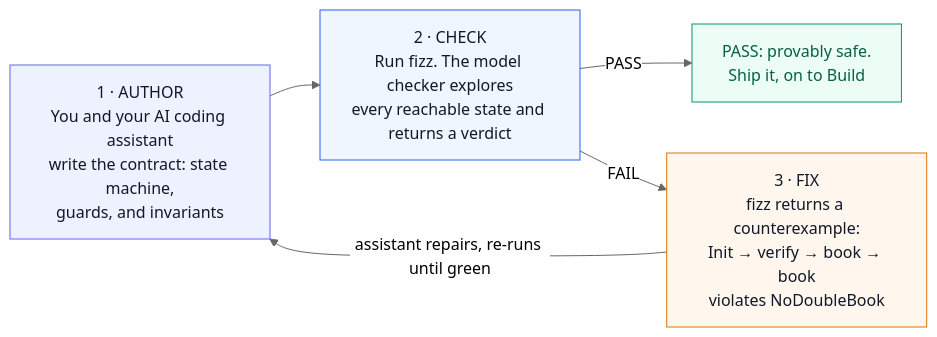
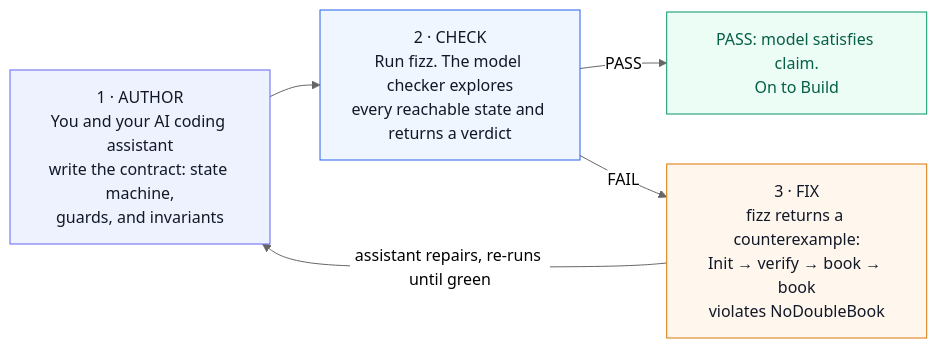
Before and after one commit to jeremyschulman/promise-driven-agentic-kit: the diagram in docs/medium-articles/images/design-loop.md, drawn with Mermaid (neutral theme). The commit also changed 34 other files, not shown here.

````diff
--- a/docs/medium-articles/images/design-loop.md
+++ b/docs/medium-articles/images/design-loop.md
@@ -5,19 +5,19 @@
 ```mermaid
 flowchart LR
     A["1 · AUTHOR<br/>You and your AI coding assistant<br/>write the contract: state machine,<br/>guards, and invariants"]
     C["2 · CHECK<br/>Run fizz. The model checker explores<br/>every reachable state and returns a verdict"]
-    P["PASS: provably safe.<br/>Ship it, on to Build"]
+    P["PASS: model satisfies claim.<br/>On to Build"]
     F["3 · FIX<br/>fizz returns a counterexample:<br/>Init → verify → book → book<br/>violates NoDoubleBook"]
     A --> C
     C -->|PASS| P
     C -->|FAIL| F
     F -->|assistant repairs, re-runs until green| A
     classDef author fill:#eef2ff,stroke:#6366f1,color:#111827
     classDef check fill:#eff6ff,stroke:#2563eb,color:#111827
     classDef pass fill:#ecfdf5,stroke:#059669,color:#065f46
     classDef fix fill:#fff7ed,stroke:#d97706,color:#111827
     class A author
     class C check
     class P pass
     class F fix
 ```
````
